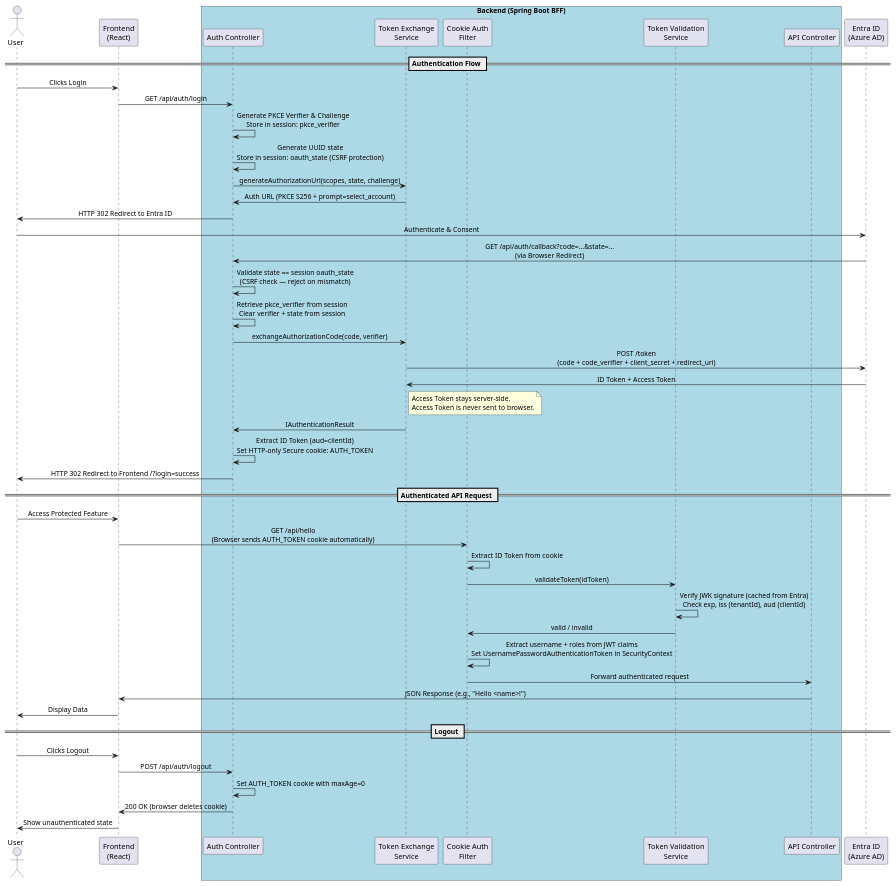
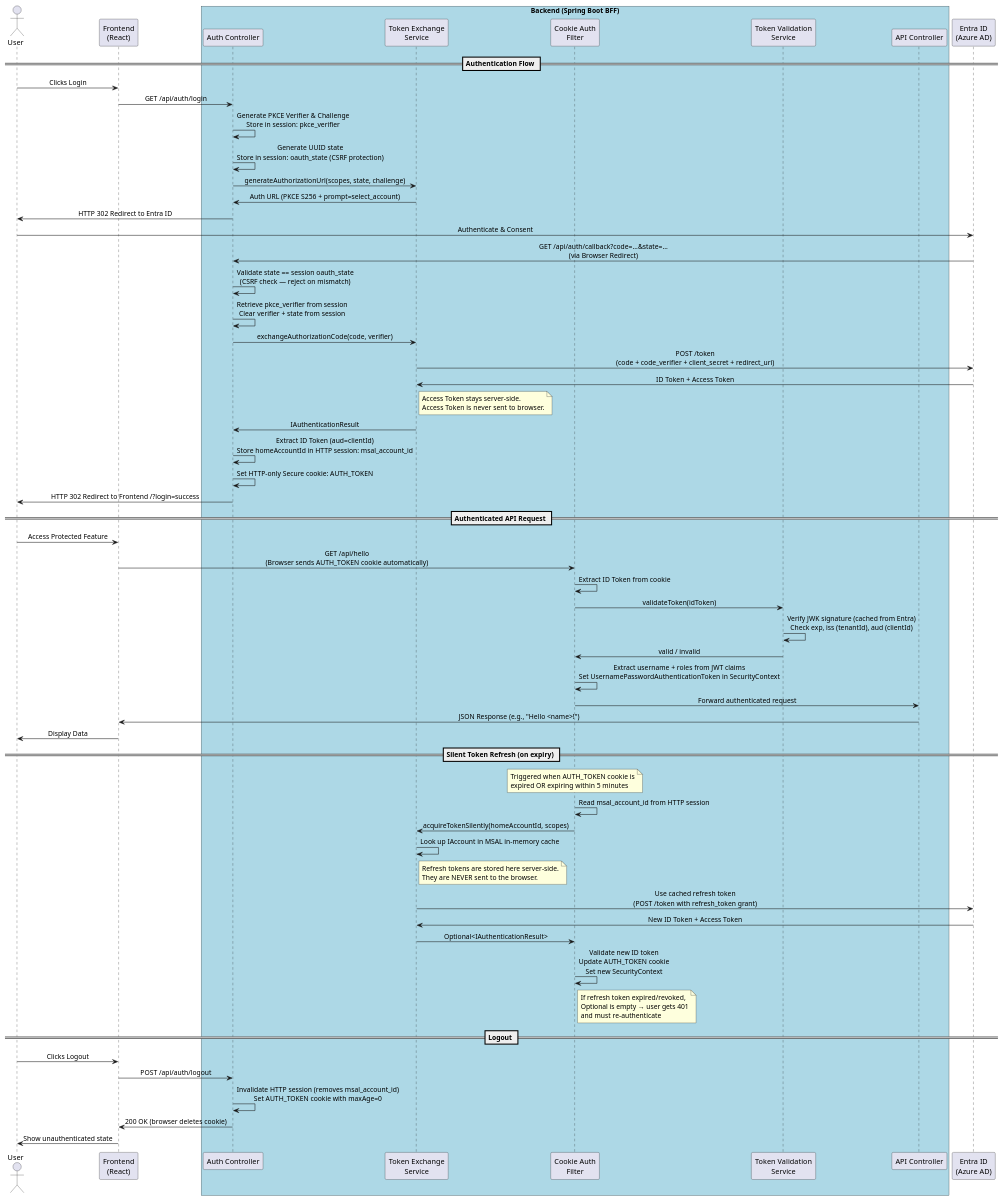
The diagram in docs/token-flow.puml (robbertnoordzij/msal), drawn with PlantUML before and after one commit. The commit also changed 7 other files, not shown here.

```diff
--- a/docs/token-flow.puml
+++ b/docs/token-flow.puml
@@ -1,60 +1,74 @@
 @startuml
 skinparam sequenceMessageAlign center
 
 actor User
 participant "Frontend\n(React)" as FE
 box "Backend (Spring Boot BFF)" #LightBlue
     participant "Auth Controller" as AC
     participant "Token Exchange\nService" as TES
     participant "Cookie Auth\nFilter" as CAF
     participant "Token Validation\nService" as TVS
     participant "API Controller" as API
 end box
 participant "Entra ID\n(Azure AD)" as Entra
 
 == Authentication Flow ==
 
 User -> FE : Clicks Login
 FE -> AC : GET /api/auth/login
 AC -> AC : Generate PKCE Verifier & Challenge\nStore in session: pkce_verifier
 AC -> AC : Generate UUID state\nStore in session: oauth_state (CSRF protection)
 AC -> TES : generateAuthorizationUrl(scopes, state, challenge)
 TES -> AC : Auth URL (PKCE S256 + prompt=select_account)
 AC -> User : HTTP 302 Redirect to Entra ID
 
 User -> Entra : Authenticate & Consent
 Entra -> AC : GET /api/auth/callback?code=...&state=...\n(via Browser Redirect)
 
 AC -> AC : Validate state == session oauth_state\n(CSRF check — reject on mismatch)
 AC -> AC : Retrieve pkce_verifier from session\nClear verifier + state from session
 AC -> TES : exchangeAuthorizationCode(code, verifier)
 TES -> Entra : POST /token\n(code + code_verifier + client_secret + redirect_uri)
 Entra -> TES : ID Token + Access Token
 note right of TES : Access Token stays server-side.\nAccess Token is never sent to browser.
 TES -> AC : IAuthenticationResult
 
-AC -> AC : Extract ID Token (aud=clientId)\nSet HTTP-only Secure cookie: AUTH_TOKEN
+AC -> AC : Extract ID Token (aud=clientId)\nStore homeAccountId in HTTP session: msal_account_id
+AC -> AC : Set HTTP-only Secure cookie: AUTH_TOKEN
 AC -> User : HTTP 302 Redirect to Frontend /?login=success
 
 == Authenticated API Request ==
 
 User -> FE : Access Protected Feature
 FE -> CAF : GET /api/hello\n(Browser sends AUTH_TOKEN cookie automatically)
 CAF -> CAF : Extract ID Token from cookie
 CAF -> TVS : validateToken(idToken)
 TVS -> TVS : Verify JWK signature (cached from Entra)\nCheck exp, iss (tenantId), aud (clientId)
 TVS -> CAF : valid / invalid
 CAF -> CAF : Extract username + roles from JWT claims\nSet UsernamePasswordAuthenticationToken in SecurityContext
 CAF -> API : Forward authenticated request
 API -> FE : JSON Response (e.g., "Hello <name>!")
 FE -> User : Display Data
 
+== Silent Token Refresh (on expiry) ==
+
+note over CAF : Triggered when AUTH_TOKEN cookie is\nexpired OR expiring within 5 minutes
+CAF -> CAF : Read msal_account_id from HTTP session
+CAF -> TES : acquireTokenSilently(homeAccountId, scopes)
+TES -> TES : Look up IAccount in MSAL in-memory cache
+note right of TES : Refresh tokens are stored here server-side.\nThey are NEVER sent to the browser.
+TES -> Entra : Use cached refresh token\n(POST /token with refresh_token grant)
+Entra -> TES : New ID Token + Access Token
+TES -> CAF : Optional<IAuthenticationResult>
+CAF -> CAF : Validate new ID token\nUpdate AUTH_TOKEN cookie\nSet new SecurityContext
+note right of CAF : If refresh token expired/revoked,\nOptional is empty → user gets 401\nand must re-authenticate
+
 == Logout ==
 
 User -> FE : Clicks Logout
 FE -> AC : POST /api/auth/logout
-AC -> AC : Set AUTH_TOKEN cookie with maxAge=0
+AC -> AC : Invalidate HTTP session (removes msal_account_id)\nSet AUTH_TOKEN cookie with maxAge=0
 AC -> FE : 200 OK (browser deletes cookie)
 FE -> User : Show unauthenticated state
 
 @enduml
```
